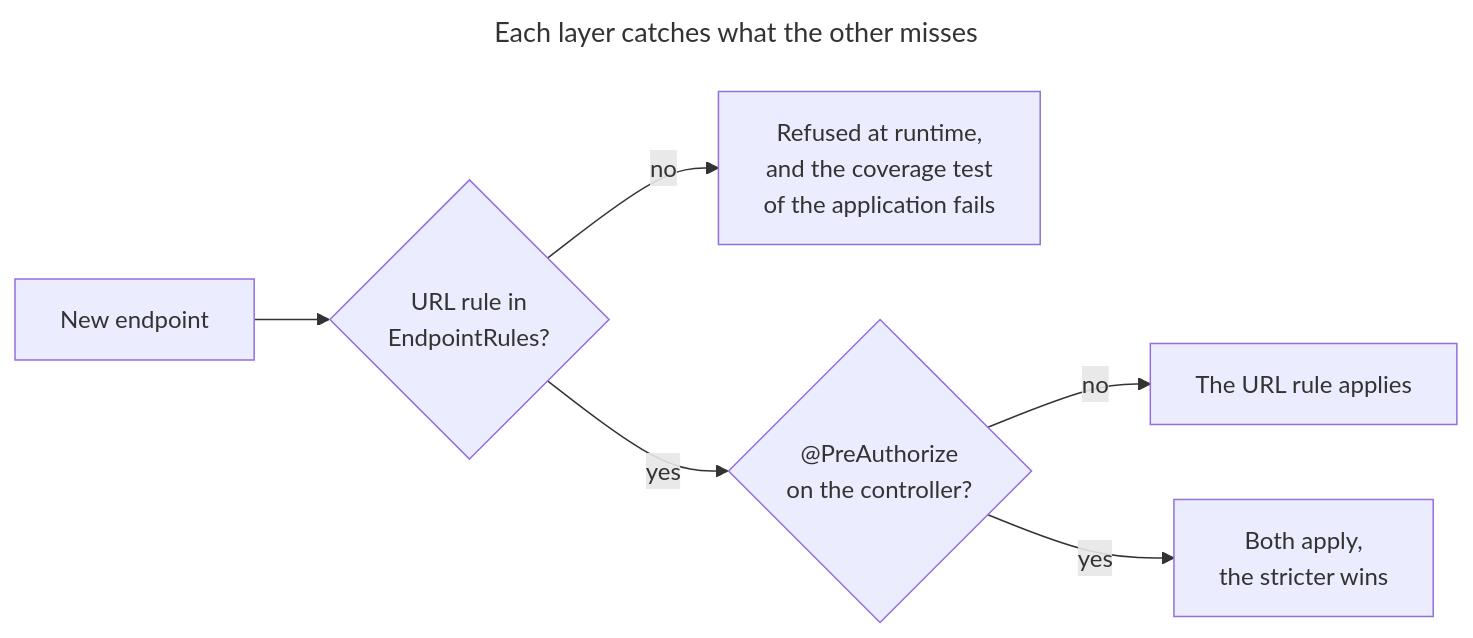
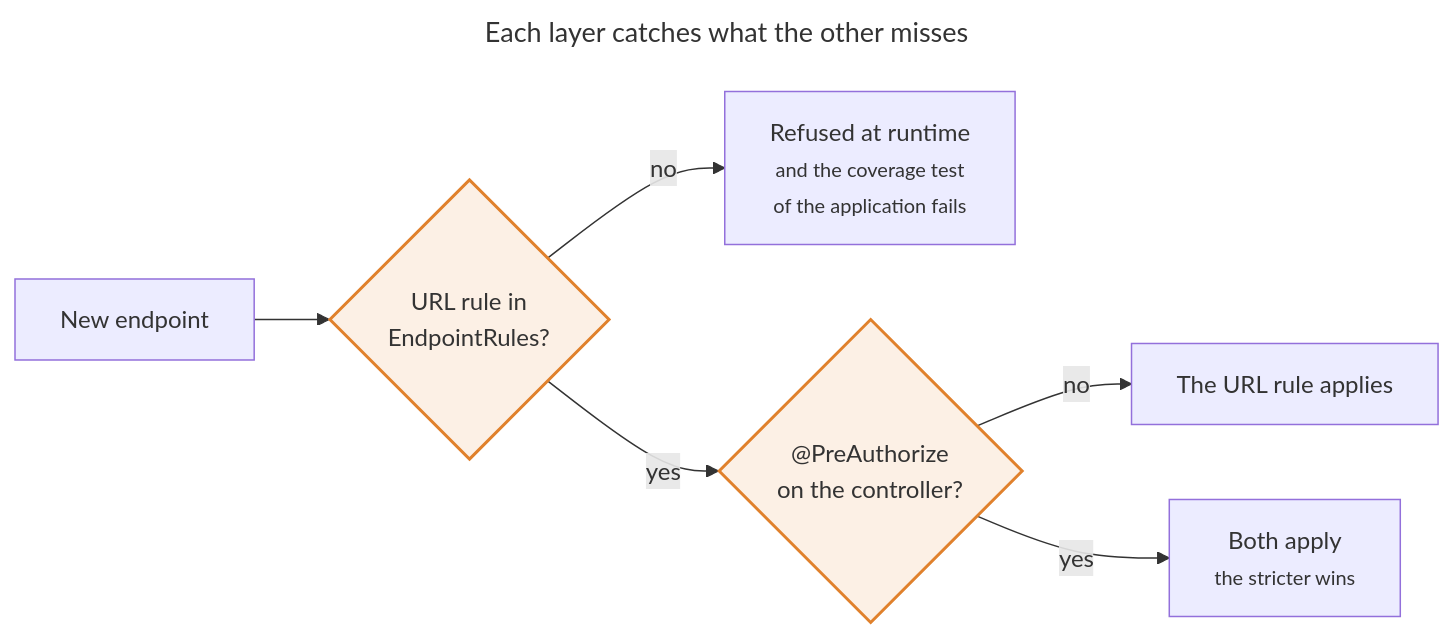
Before and after one commit to mboisnard/drinkit: the third of 7 diagrams in docs/content/en/3.reference/2.security/1.principles.md, drawn with Mermaid. The commit also changed other lines of this file and 8 other files, not shown here.

First line of the commit message:
[DOCUMENTATION] Draw the diagrams as simply as the A+ design (#666)

````diff
--- a/docs/content/en/3.reference/2.security/1.principles.md
+++ b/docs/content/en/3.reference/2.security/1.principles.md
@@ -146,11 +111,12 @@
 ```mermaid
 ---
 title: Each layer catches what the other misses
 ---
 flowchart LR
-  endpoint[New endpoint] --> url{"URL rule in<br/>EndpointRules?"}
-  url -- no --> refused["Refused at runtime,<br/>and the coverage test<br/>of the application fails"]
-  url -- yes --> annotation{"@PreAuthorize<br/>on the controller?"}
+  endpoint[New endpoint] --> url{"URL rule in<br/>EndpointRules?"}:::enforce
+  url -- no --> refused["Refused at runtime<br/><small>and the coverage test<br/>of the application fails</small>"]
+  url -- yes --> annotation{"@PreAuthorize<br/>on the controller?"}:::enforce
   annotation -- no --> urlOnly["The URL rule applies"]
-  annotation -- yes --> both["Both apply,<br/>the stricter wins"]
+  annotation -- yes --> both["Both apply<br/><small>the stricter wins</small>"]
+  classDef enforce fill:#e0812c1f,stroke:#e0812c,stroke-width:2px
 ```
````
